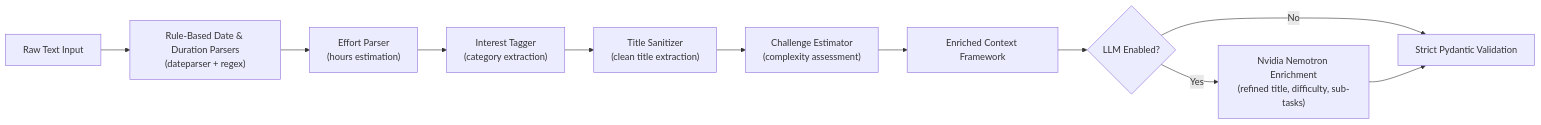
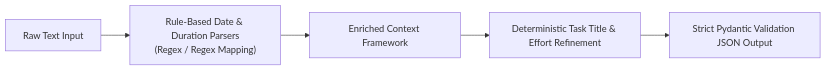
One commit to Momen959/Dopa_Pal changed the fifth of 5 diagrams in README.md. Above: the diagram before and after it, drawn with Mermaid. The commit also changed other lines of this file and 26 other files, not shown here.

````diff
--- a/README.md
+++ b/README.md
@@ -558,13 +247,7 @@
 ```mermaid
 flowchart LR
-    Input["Raw Text Input"] --> DateParser["Rule-Based Date & Duration Parsers<br/>(dateparser + regex)"]
-    DateParser --> Effort["Effort Parser<br/>(hours estimation)"]
-    Effort --> Interest["Interest Tagger<br/>(category extraction)"]
-    Interest --> Title["Title Sanitizer<br/>(clean title extraction)"]
-    Title --> Challenge["Challenge Estimator<br/>(complexity assessment)"]
-    Challenge --> Context["Enriched Context Framework"]
-    Context --> LLMCheck{LLM Enabled?}
-    LLMCheck -- Yes --> LLM["Nvidia Nemotron Enrichment<br/>(refined title, difficulty, sub-tasks)"]
-    LLMCheck -- No --> Schema["Strict Pydantic Validation"]
-    LLM --> Schema
+    Input["Raw Text Input"] --> DateParser["Rule-Based Date & Duration Parsers<br/>(Regex / Regex Mapping)"]
+    DateParser --> Context["Enriched Context Framework"]
+    Context --> Sanitizer["Deterministic Task Title & Effort Refinement"]
+    Sanitizer --> Schema["Strict Pydantic Validation JSON Output"]
 ```
````
